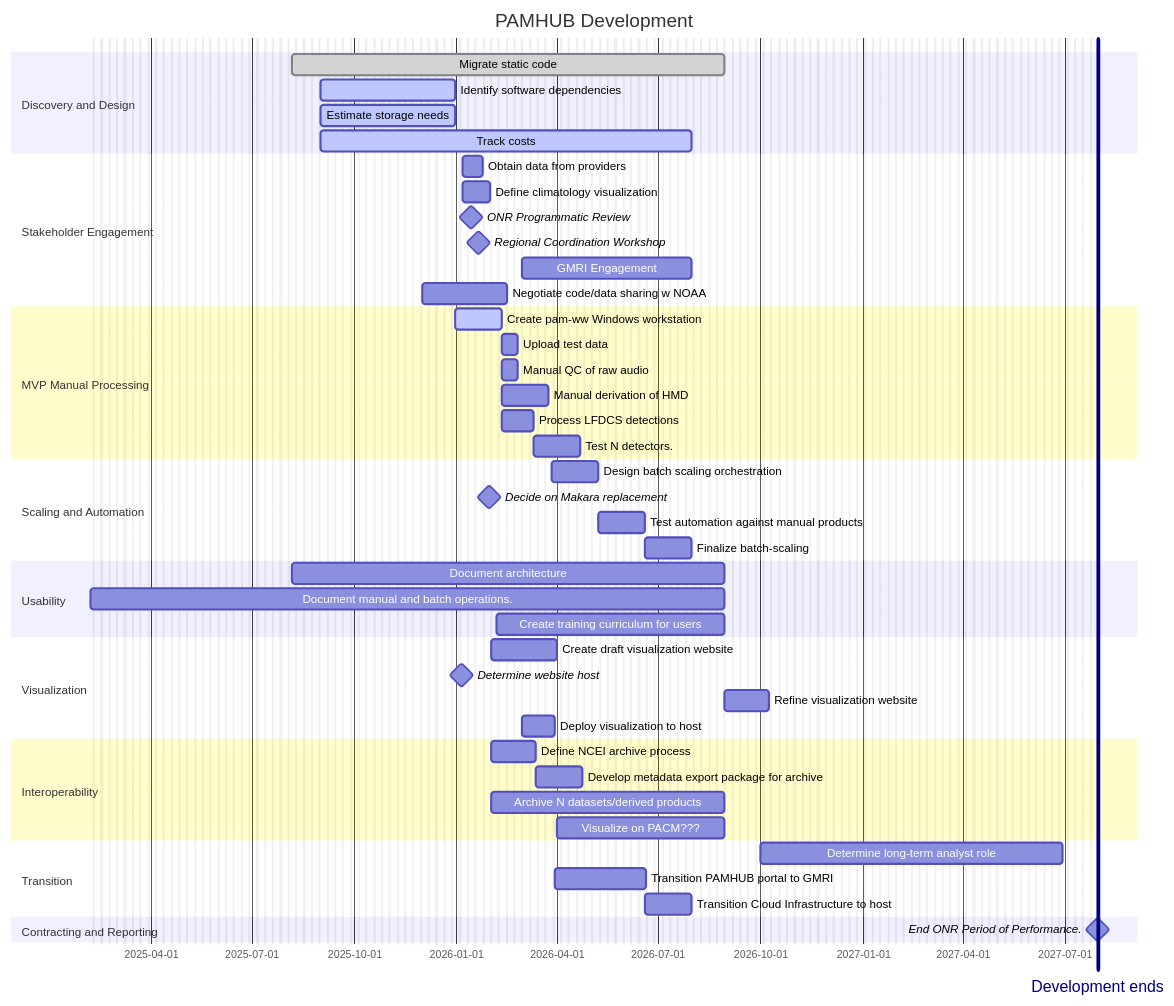
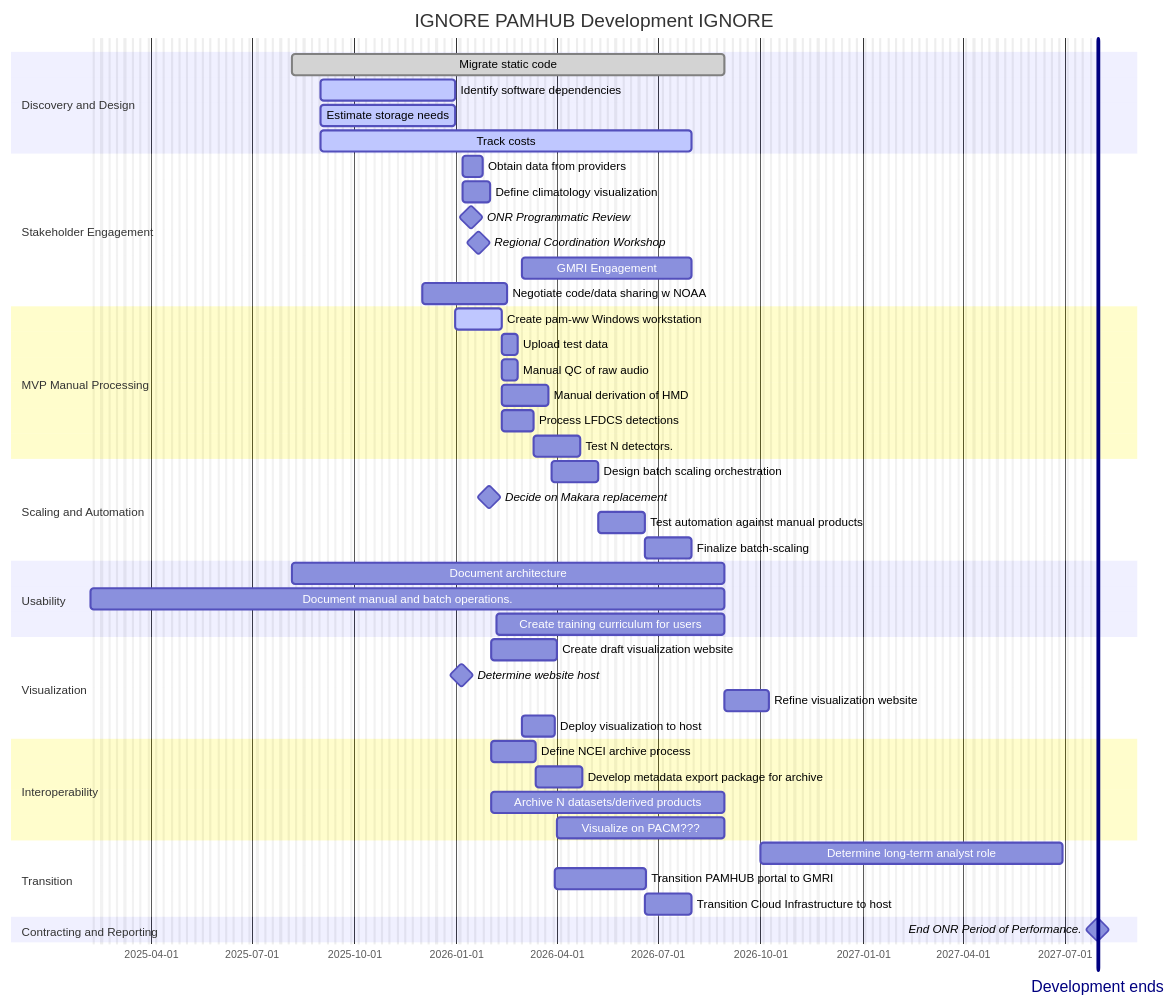
The diagram in docs/roadmap.md (asascience-open/pam-cloud), drawn with Mermaid before and after one commit. The commit also changed other lines of this file and 15 other files, not shown here.

Commit message:
Update roadmap, architecture, and decompose large use cases into smaller pieces.

````diff
--- a/docs/roadmap.md
+++ b/docs/roadmap.md
@@ -6,62 +6,62 @@
 ```mermaid
 gantt
     dateFormat  YYYY-MM-DD
-    title       PAMHUB Development
+    title       IGNORE PAMHUB Development IGNORE
     excludes    weekends
     %% (`excludes` accepts specific dates in YYYY-MM-DD format, days of the week ("sunday") or "weekends", but not the word "weekdays".)
 
     section Discovery and Design
     Migrate static code                 :done,    dd1, 2025-08-06,2026-08-30
     Identify software dependencies      :active,  dd2, 2025-09-01, 2025-12-31
     Estimate storage needs              :active,  dd3, 2025-09-01, 2025-12-31
     Track costs                         :active,  cost, 2025-09-01, 2026-07-31
 
     section Stakeholder Engagement
     Obtain data from providers : se1, 2026-01-06,14d
     Define climatology visualization  : se4, 2026-01-06, 2026-01-31
     ONR Programmatic Review           :milestone, 2026-01-14, 0d
     Regional Coordination Workshop    : milestone, 2026-01-21, 0d
     GMRI Engagement           : se5, 2026-03-01, 2026-07-31
     Negotiate code/data sharing w NOAA  : se6, 2025-12-01, 2026-02-15
 
     section MVP Manual Processing
     Create pam-ww Windows workstation     :active, man1, after dd2, 30d
     Upload test data          : man2, after man1  , 10d
     Manual QC of raw audio    : man3, after man1  , 10d
     Manual derivation of HMD  : man6, after man1, 30d
     Process LFDCS detections  : man4, after man1, 20d
     Test N detectors.         : man5, after man4, 30d
 
     section Scaling and Automation
     Design batch scaling orchestration             :s1, after doc1, 30d
     Decide on Makara replacement      :milestone, 2026-01-30, 0d
     Test automation against manual products : s3, after s1, 30d
     Finalize batch-scaling    : s4, after s3, 30d
 
     section Usability
     Document architecture         : u1, 2025-08-06,2026-08-30
     Document manual and batch operations. : u2, 2025-02-06,2026-08-30
     Create training curriculum for users  : u3, 2026-02-06,2026-08-30
 
     section Visualization
     Create draft visualization website : v1, 2026-02-01, 2026-04-01
     Determine website host : milestone, m2, 2026-01-05, 0d
     Refine visualization website   : v2, after u3, 30d
     Deploy visualization to host      : v3, 2026-03-01, 2026-03-30
 
     section Interoperability
     Define NCEI archive process : i1, 2026-02-01, 30d
     Develop metadata export package for archive : i2, after i1, 30d
     Archive N datasets/derived products  : i3, 2026-02-01, 2026-08-30
     Visualize on PACM???   : 2026-04-01, 2026-08-30
 
     section Transition
     Determine long-term analyst role  : t1, 2026-10-01, 2027-06-30
     Transition PAMHUB portal to GMRI  : t2, after v3, 60d
     Transition Cloud Infrastructure to host : t3, after s3, 30d
 
     section Contracting and Reporting
     End ONR Period of Performance.  : milestone, 2027-07-31,0d
     Development ends : vert, 2027-06-01
 
 ```
````
